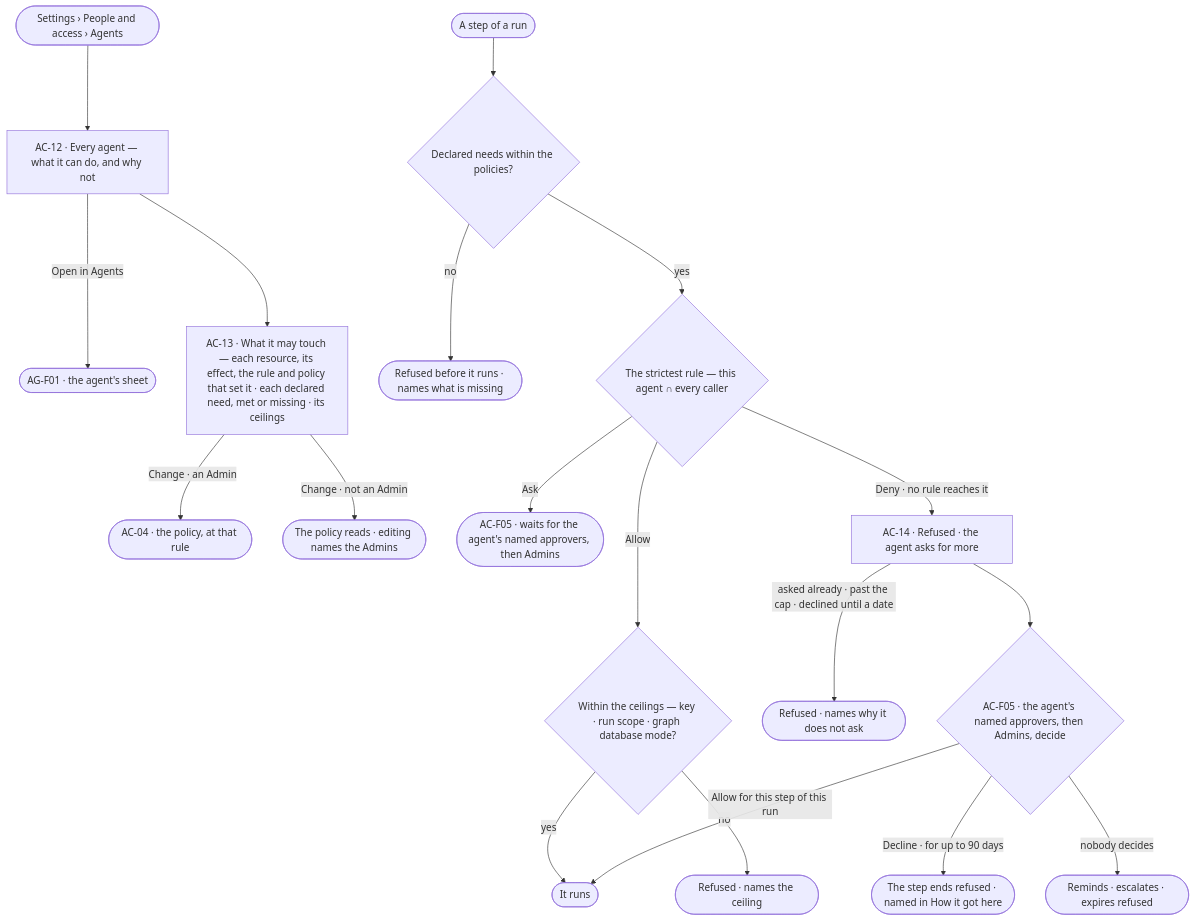
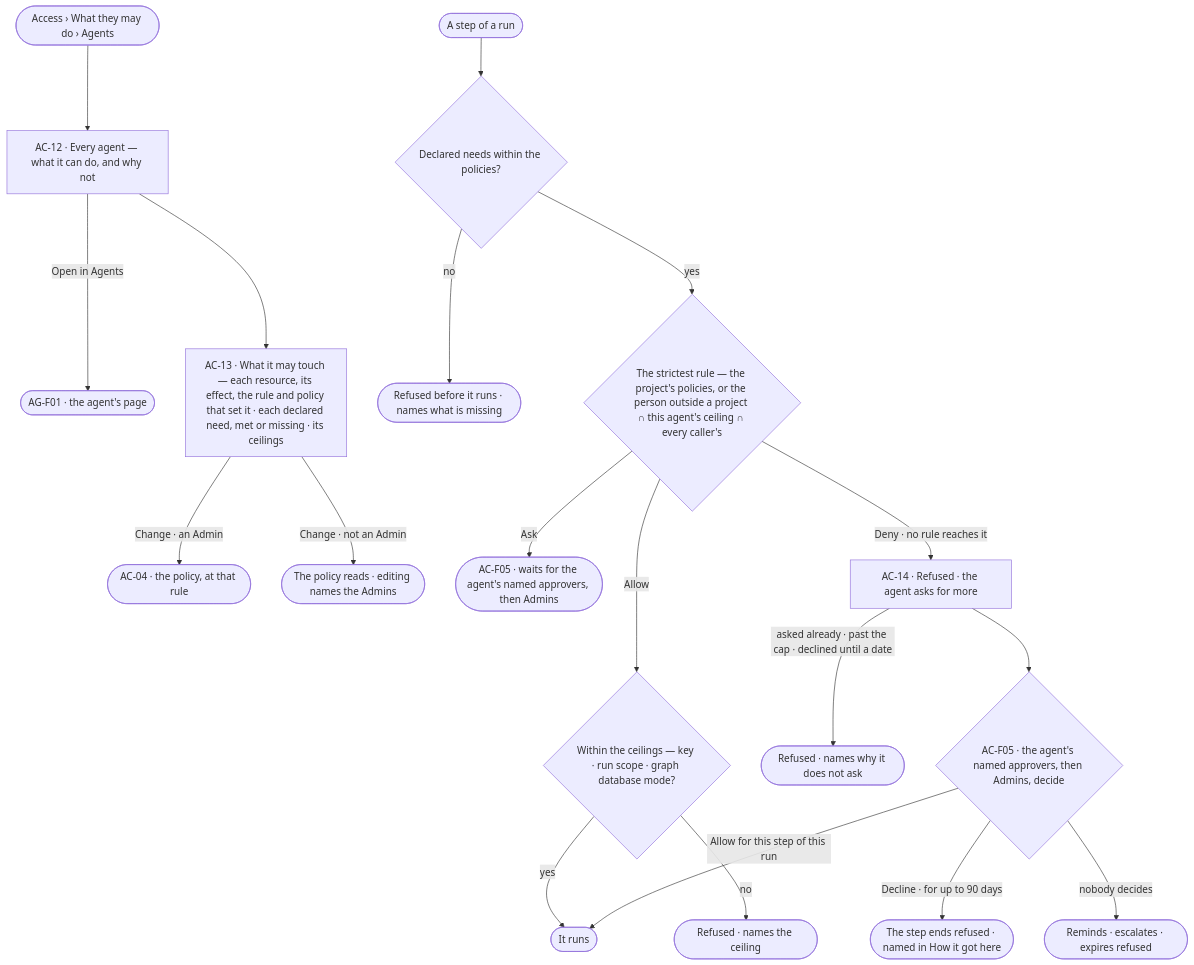
One commit to invana/invana changed the first of 2 diagrams in specs/os/access/features/AC-F04-what-an-agent-may-touch/feature.md. Above: the diagram before and after it, drawn with Mermaid. The commit also changed other lines of this file and 456 other files, not shown here.

````diff
--- a/specs/os/access/features/AC-F04-what-an-agent-may-touch/feature.md
+++ b/specs/os/access/features/AC-F04-what-an-agent-may-touch/feature.md
@@ -26,21 +26,21 @@
 ```mermaid
 flowchart TD
-  start([Settings › People and access › Agents]) --> ag["AC-12 · Every agent — what it can do, and why not"]
-  ag -->|Open in Agents| agx(["AG-F01 · the agent's sheet"])
+  start([Access › What they may do › Agents]) --> ag["AC-12 · Every agent — what it can do, and why not"]
+  ag -->|Open in Agents| agx(["AG-F01 · the agent's page"])
   ag --> touch["AC-13 · What it may touch — each resource, its effect, the rule and policy that set it · each declared need, met or missing · its ceilings"]
   touch -->|Change · an Admin| pol(["AC-04 · the policy, at that rule"])
   touch -->|Change · not an Admin| ro(["The policy reads · editing names the Admins"])
   run([A step of a run]) --> need{"Declared needs within the policies?"}
   need -->|no| nr(["Refused before it runs · names what is missing"])
-  need -->|yes| chain{"The strictest rule — this agent ∩ every caller"}
+  need -->|yes| chain{"The strictest rule — the project's policies, or the person outside a project ∩ this agent's ceiling ∩ every caller's"}
   chain -->|Allow| ceil{"Within the ceilings — key · run scope · graph database mode?"}
   ceil -->|yes| go(["It runs"])
   ceil -->|no| cr(["Refused · names the ceiling"])
   chain -->|Ask| ask(["AC-F05 · waits for the agent's named approvers, then Admins"])
   chain -->|Deny · no rule reaches it| blk["AC-14 · Refused · the agent asks for more"]
   blk -->|asked already · past the cap · declined until a date| cap(["Refused · names why it does not ask"])
   blk --> more{"AC-F05 · the agent's named approvers, then Admins, decide"}
   more -->|Allow for this step of this run| go
   more -->|Decline · for up to 90 days| refd(["The step ends refused · named in How it got here"])
   more -->|nobody decides| exp(["Reminds · escalates · expires refused"])
 ```
````
